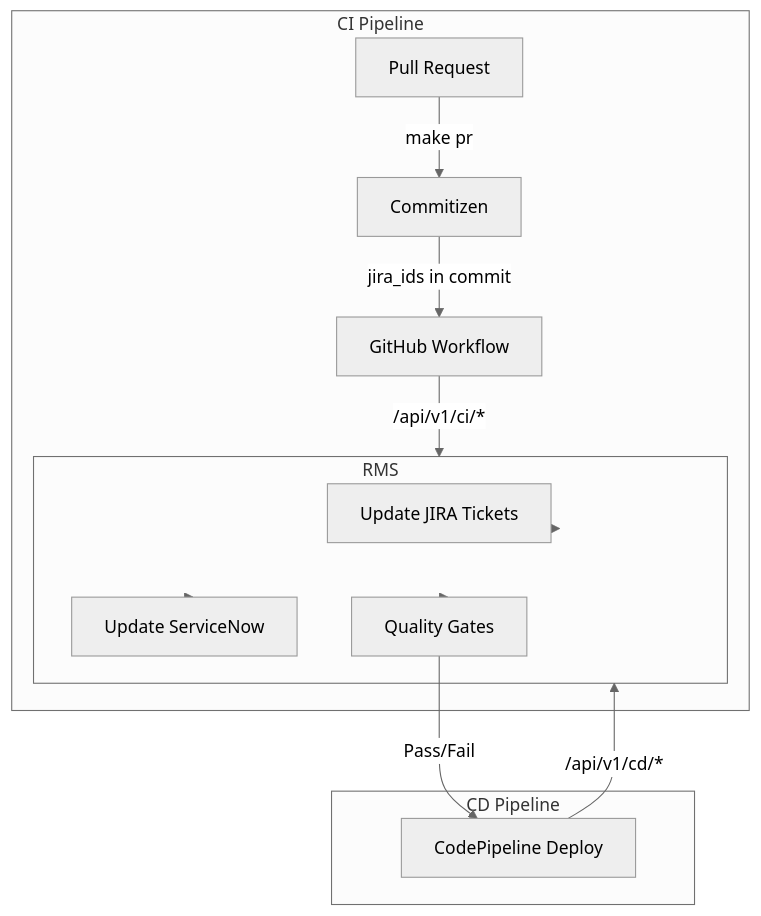
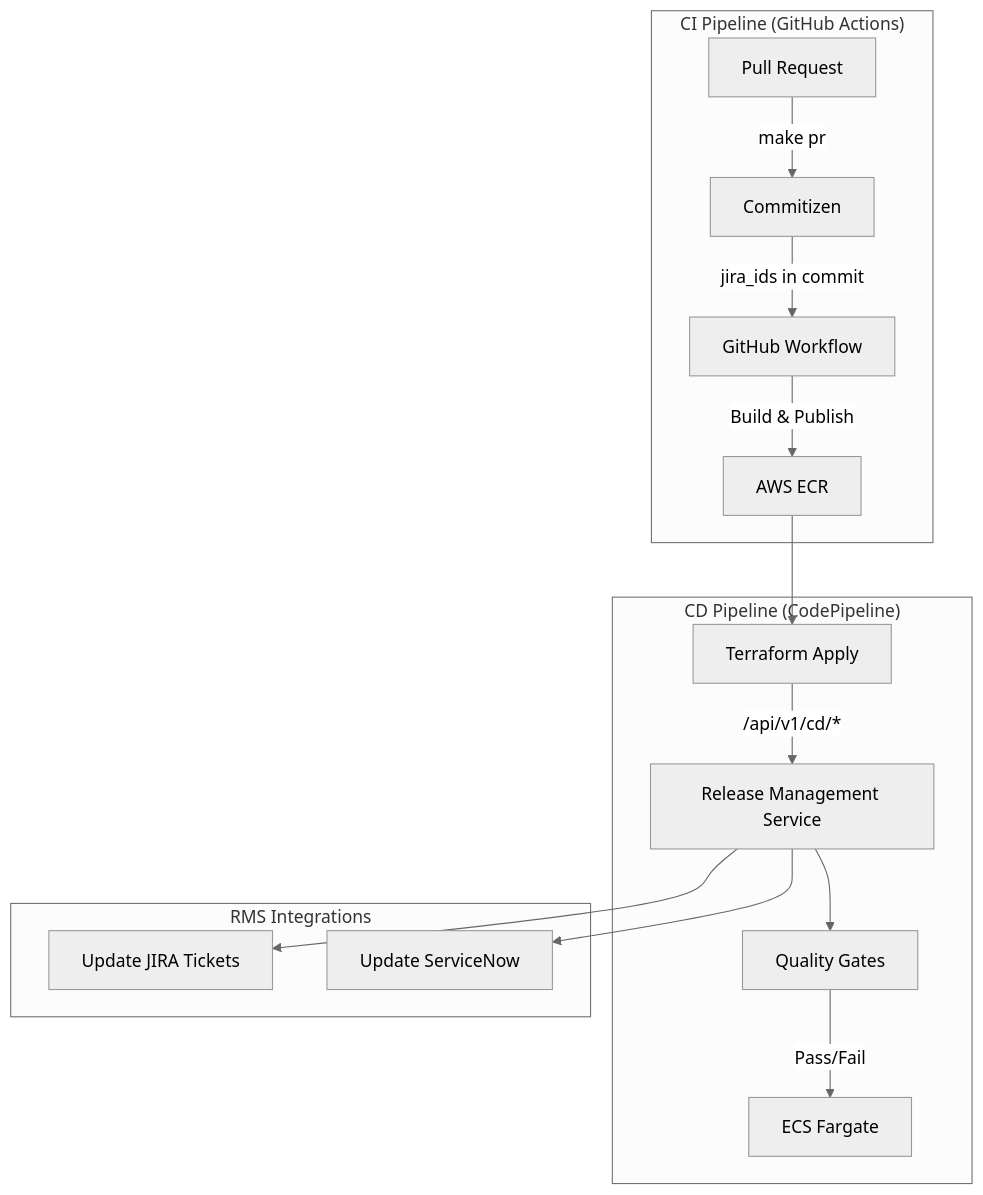
One commit to john-knight-alight/dx-paved-paths-evaluator changed the fourth of 4 diagrams in results/architecture_context.md. Above: the diagram before and after it, drawn with Mermaid (neutral theme). The commit also changed other lines of this file and 3 other files, not shown here.

First line of the commit message:
docs: apply architectural review feedback

````diff
--- a/results/architecture_context.md
+++ b/results/architecture_context.md
@@ -361,19 +330,20 @@
 ```mermaid
 flowchart TB
-    subgraph "CI Pipeline"
+    subgraph "CI Pipeline (GitHub Actions)"
         PR[Pull Request] --> |"make pr"| CZ[Commitizen]
         CZ --> |"jira_ids in commit"| GH[GitHub Workflow]
-        GH --> |"/api/v1/ci/*"| RMS[Release Management Service]
+        GH --> |"Build & Publish"| ECR[AWS ECR]
     end
     
-    subgraph "RMS"
+    subgraph "CD Pipeline (CodePipeline)"
+        ECR --> TF[Terraform Apply]
+        TF --> |"/api/v1/cd/*"| RMS[Release Management Service]
+        RMS --> GATES[Quality Gates]
+        GATES --> |"Pass/Fail"| DEPLOY[ECS Fargate]
+    end
+    
+    subgraph "RMS Integrations"
         RMS --> JIRA[Update JIRA Tickets]
         RMS --> SNOW[Update ServiceNow]
-        RMS --> GATES[Quality Gates]
-    end
-    
-    subgraph "CD Pipeline"
-        DEPLOY[CodePipeline Deploy] --> |"/api/v1/cd/*"| RMS
-        GATES --> |"Pass/Fail"| DEPLOY
     end
 ```
````
